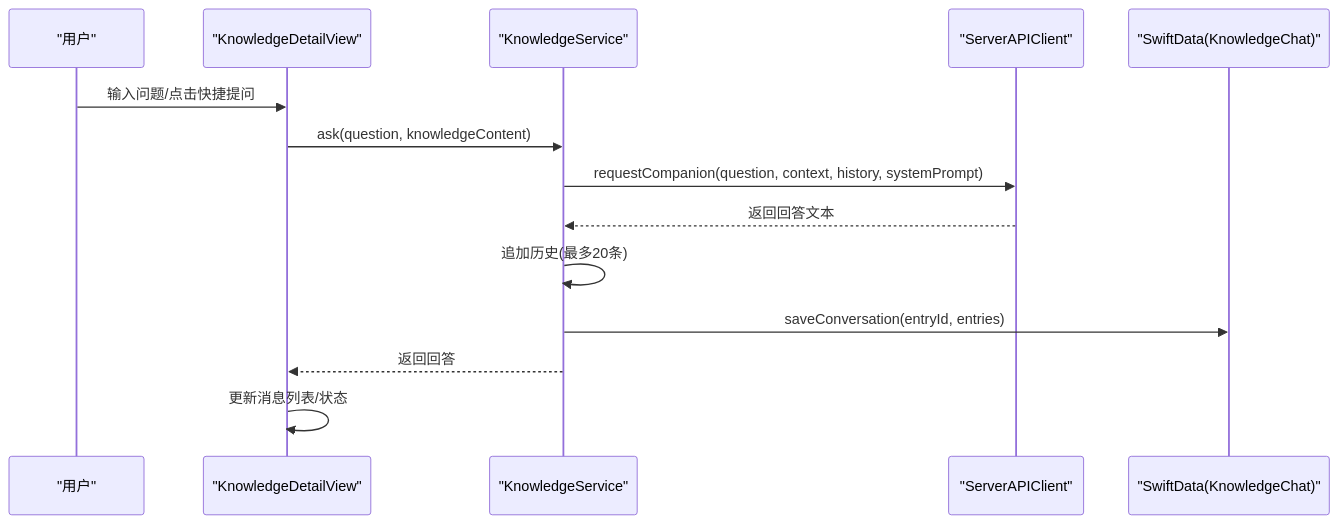
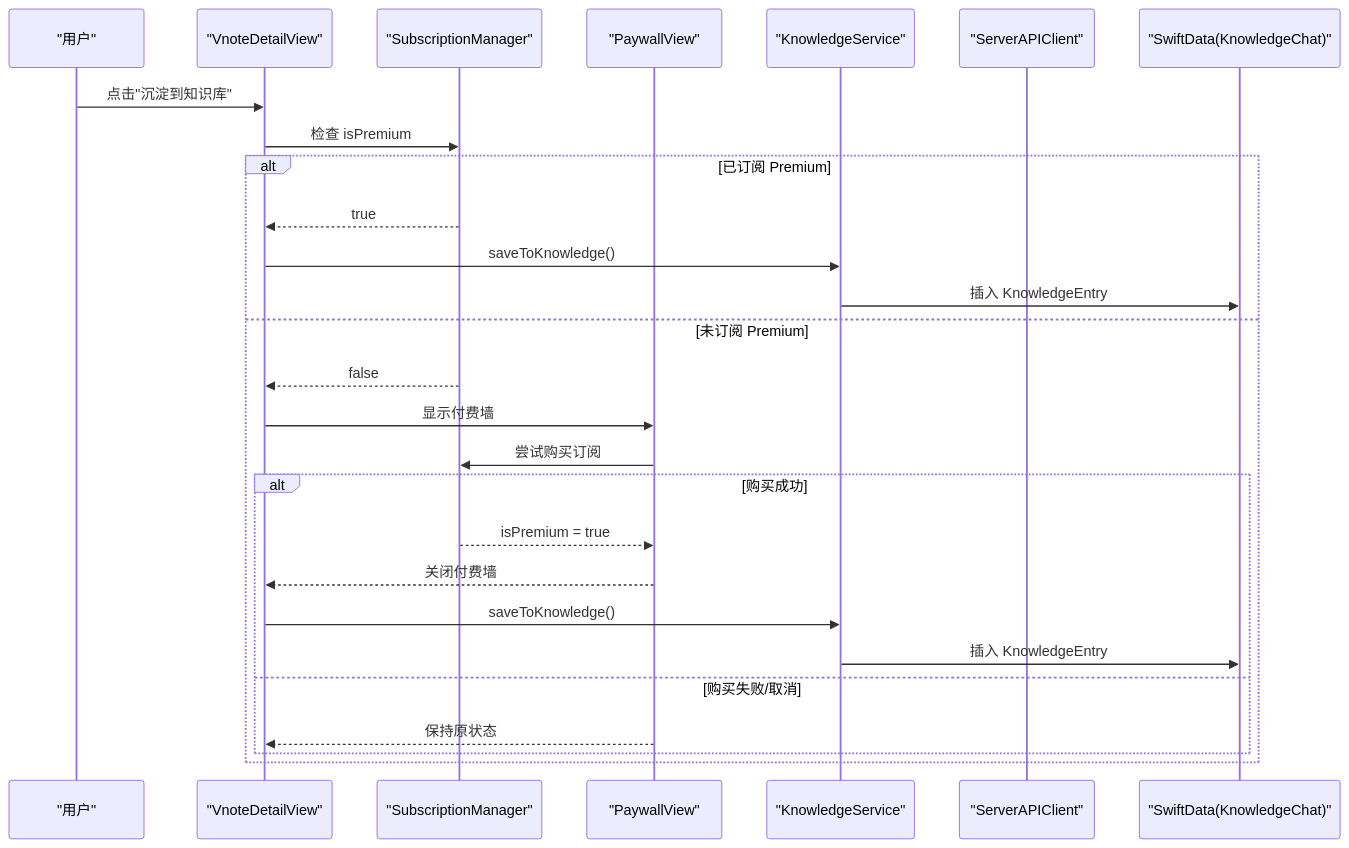
Before and after one commit to Primoguo/Knowledge: the second of 8 diagrams in .qoder/repowiki/zh/content/核心功能模块/知识库功能.md, drawn with Mermaid. The commit also changed other lines of this file and 23 other files, not shown here.

````diff
--- a/.qoder/repowiki/zh/content/核心功能模块/知识库功能.md
+++ b/.qoder/repowiki/zh/content/核心功能模块/知识库功能.md
@@ -118,16 +150,29 @@
 ```mermaid
 sequenceDiagram
 participant U as "用户"
-participant V as "KnowledgeDetailView"
-participant S as "KnowledgeService"
+participant V as "VnoteDetailView"
+participant S as "SubscriptionManager"
+participant P as "PaywallView"
+participant K as "KnowledgeService"
 participant N as "ServerAPIClient"
 participant DB as "SwiftData(KnowledgeChat)"
-U->>V : 输入问题/点击快捷提问
-V->>S : ask(question, knowledgeContent)
-S->>N : requestCompanion(question, context, history, systemPrompt)
-N-->>S : 返回回答文本
-S->>S : 追加历史(最多20条)
-S->>DB : saveConversation(entryId, entries)
-S-->>V : 返回回答
-V->>V : 更新消息列表/状态
+U->>V : 点击"沉淀到知识库"
+V->>S : 检查 isPremium
+alt 已订阅 Premium
+S-->>V : true
+V->>K : saveToKnowledge()
+K->>DB : 插入 KnowledgeEntry
+else 未订阅 Premium
+S-->>V : false
+V->>P : 显示付费墙
+P->>S : 尝试购买订阅
+alt 购买成功
+S-->>P : isPremium = true
+P-->>V : 关闭付费墙
+V->>K : saveToKnowledge()
+K->>DB : 插入 KnowledgeEntry
+else 购买失败/取消
+P-->>V : 保持原状态
+end
+end
 ```
````
